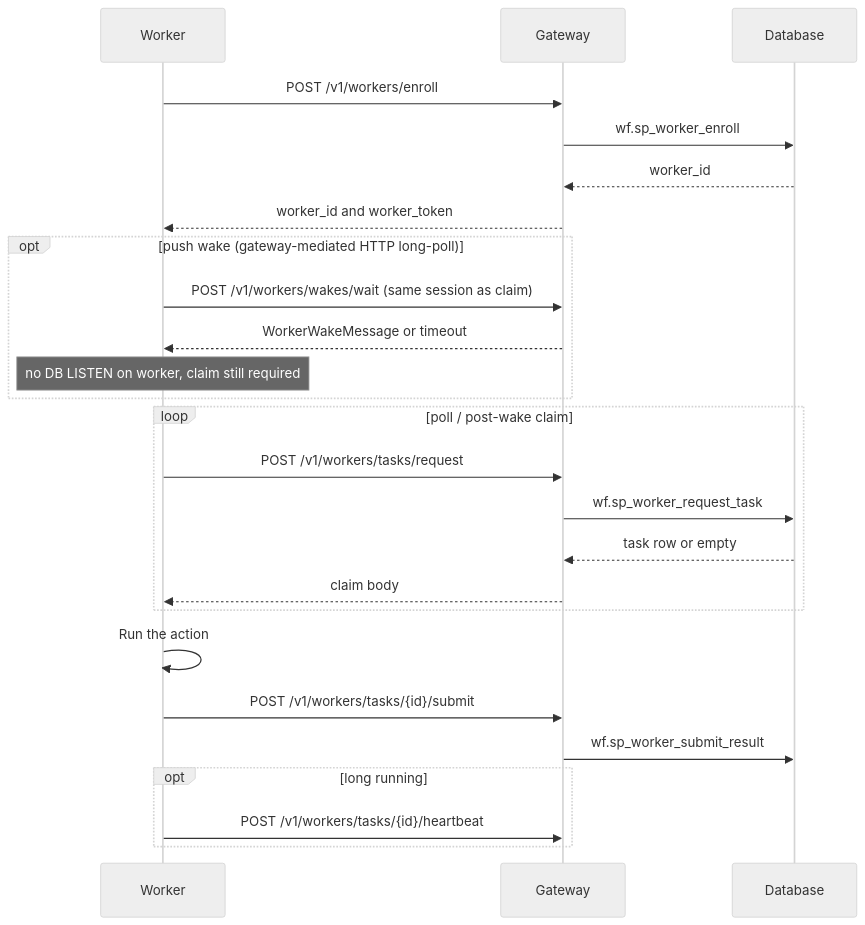
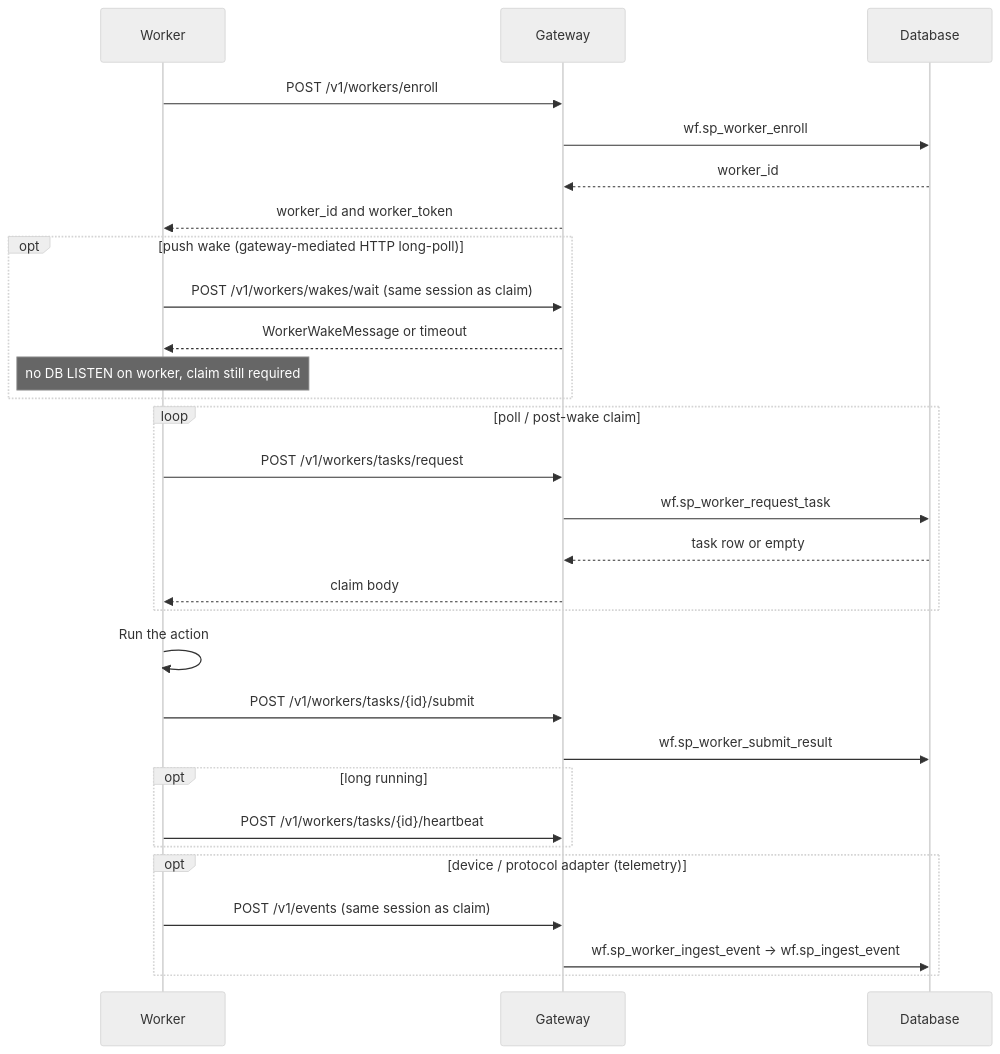
The diagram in workers/WORKER_PROTOCOL.md (Goliath-Research/GoliathApp), drawn with Mermaid (neutral theme) before and after one commit. The commit also changed 49 other files, not shown here.

First line of the commit message:
Device adapter foundation: worker-authenticated events, MQTT & HA references (#53)

````diff
--- a/workers/WORKER_PROTOCOL.md
+++ b/workers/WORKER_PROTOCOL.md
@@ -9,28 +9,32 @@
 ```mermaid
 sequenceDiagram
   participant Worker
   participant API as Gateway
   participant DB as Database
 
   Worker->>API: POST /v1/workers/enroll
   API->>DB: wf.sp_worker_enroll
   DB-->>API: worker_id
   API-->>Worker: worker_id and worker_token
   opt push wake (gateway-mediated HTTP long-poll)
     Worker->>API: POST /v1/workers/wakes/wait (same session as claim)
     API-->>Worker: WorkerWakeMessage or timeout
     Note over Worker: no DB LISTEN on worker, claim still required
   end
   loop poll / post-wake claim
     Worker->>API: POST /v1/workers/tasks/request
     API->>DB: wf.sp_worker_request_task
     DB-->>API: task row or empty
     API-->>Worker: claim body
   end
   Worker->>Worker: Run the action
   Worker->>API: POST /v1/workers/tasks/{id}/submit
   API->>DB: wf.sp_worker_submit_result
   opt long running
     Worker->>API: POST /v1/workers/tasks/{id}/heartbeat
   end
+  opt device / protocol adapter (telemetry)
+    Worker->>API: POST /v1/events (same session as claim)
+    API->>DB: wf.sp_worker_ingest_event → wf.sp_ingest_event
+  end
 ```
````
